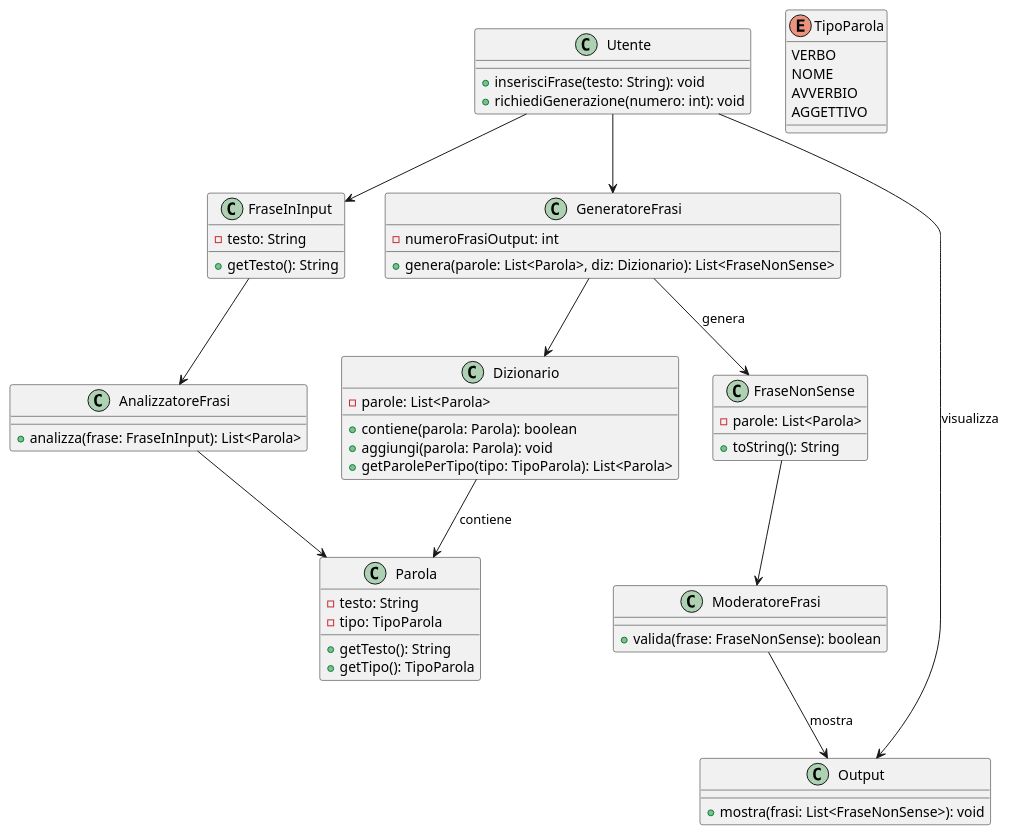
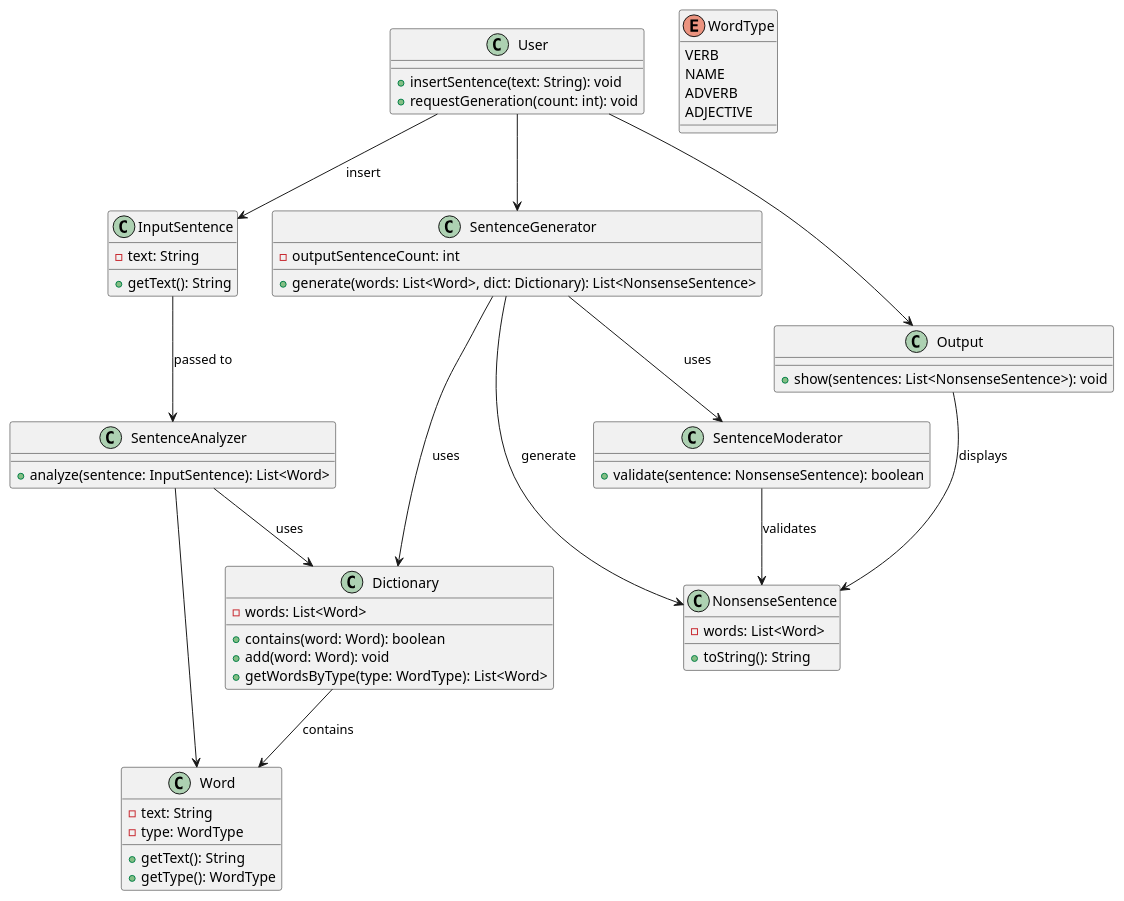
One commit to TognonGiac/nonsensegenerator changed the diagram in docs/resources/Class_Diagram.md. Above: the diagram before and after it, drawn with PlantUML.

````diff
--- a/docs/resources/Class_Diagram.md
+++ b/docs/resources/Class_Diagram.md
@@ -5,67 +5,69 @@
 ```plantuml
 @startuml
-class Utente {
-  + inserisciFrase(testo: String): void
-  + richiediGenerazione(numero: int): void
+class User {
+  + insertSentence(text: String): void
+  + requestGeneration(count: int): void
 }
 
-class FraseInInput {
-  - testo: String
-  + getTesto(): String
+class InputSentence {
+  - text: String
+  + getText(): String
 }
 
-class Parola {
-  - testo: String
-  - tipo: TipoParola
-  + getTesto(): String
-  + getTipo(): TipoParola
+class Word {
+  - text: String
+  - type: WordType
+  + getText(): String
+  + getType(): WordType
 }
 
-enum TipoParola {
-  VERBO
-  NOME
-  AVVERBIO
-  AGGETTIVO
+enum WordType {
+  VERB
+  NAME
+  ADVERB
+  ADJECTIVE
 }
 
-class Dizionario {
-  - parole: List<Parola>
-  + contiene(parola: Parola): boolean
-  + aggiungi(parola: Parola): void
-  + getParolePerTipo(tipo: TipoParola): List<Parola>
+class Dictionary {
+  - words: List<Word>
+  + contains(word: Word): boolean
+  + add(word: Word): void
+  + getWordsByType(type: WordType): List<Word>
 }
 
-class AnalizzatoreFrasi {
-  + analizza(frase: FraseInInput): List<Parola>
+class SentenceAnalyzer {
+  + analyze(sentence: InputSentence): List<Word>
 }
 
-class GeneratoreFrasi {
-  - numeroFrasiOutput: int
-  + genera(parole: List<Parola>, diz: Dizionario): List<FraseNonSense>
+class SentenceGenerator {
+  - outputSentenceCount: int
+  + generate(words: List<Word>, dict: Dictionary): List<NonsenseSentence>
 }
 
-class FraseNonSense {
-  - parole: List<Parola>
+class NonsenseSentence {
+  - words: List<Word>
   + toString(): String
 }
 
-class ModeratoreFrasi {
-  + valida(frase: FraseNonSense): boolean
+class SentenceModerator {
+  + validate(sentence: NonsenseSentence): boolean
 }
 
 class Output {
-  + mostra(frasi: List<FraseNonSense>): void
+  + show(sentences: List<NonsenseSentence>): void
 }
 
-Utente --> FraseInInput
-Utente --> GeneratoreFrasi
-FraseInInput --> AnalizzatoreFrasi
-AnalizzatoreFrasi --> Parola
-Dizionario --> Parola : contiene
-GeneratoreFrasi --> Dizionario
-GeneratoreFrasi --> FraseNonSense : genera
-FraseNonSense --> ModeratoreFrasi
-ModeratoreFrasi --> Output : mostra
-Utente --> Output : visualizza
+User --> InputSentence : insert
+User --> SentenceGenerator 
+InputSentence --> SentenceAnalyzer : passed to
+SentenceAnalyzer --> Word
+SentenceAnalyzer --> Dictionary : uses
+Dictionary --> Word : contains
+SentenceGenerator --> Dictionary : uses
+SentenceGenerator --> NonsenseSentence : generate
+SentenceGenerator --> SentenceModerator :uses 
+SentenceModerator --> NonsenseSentence : validates
+User --> Output 
+Output --> NonsenseSentence : displays
 @enduml
 ```
````
